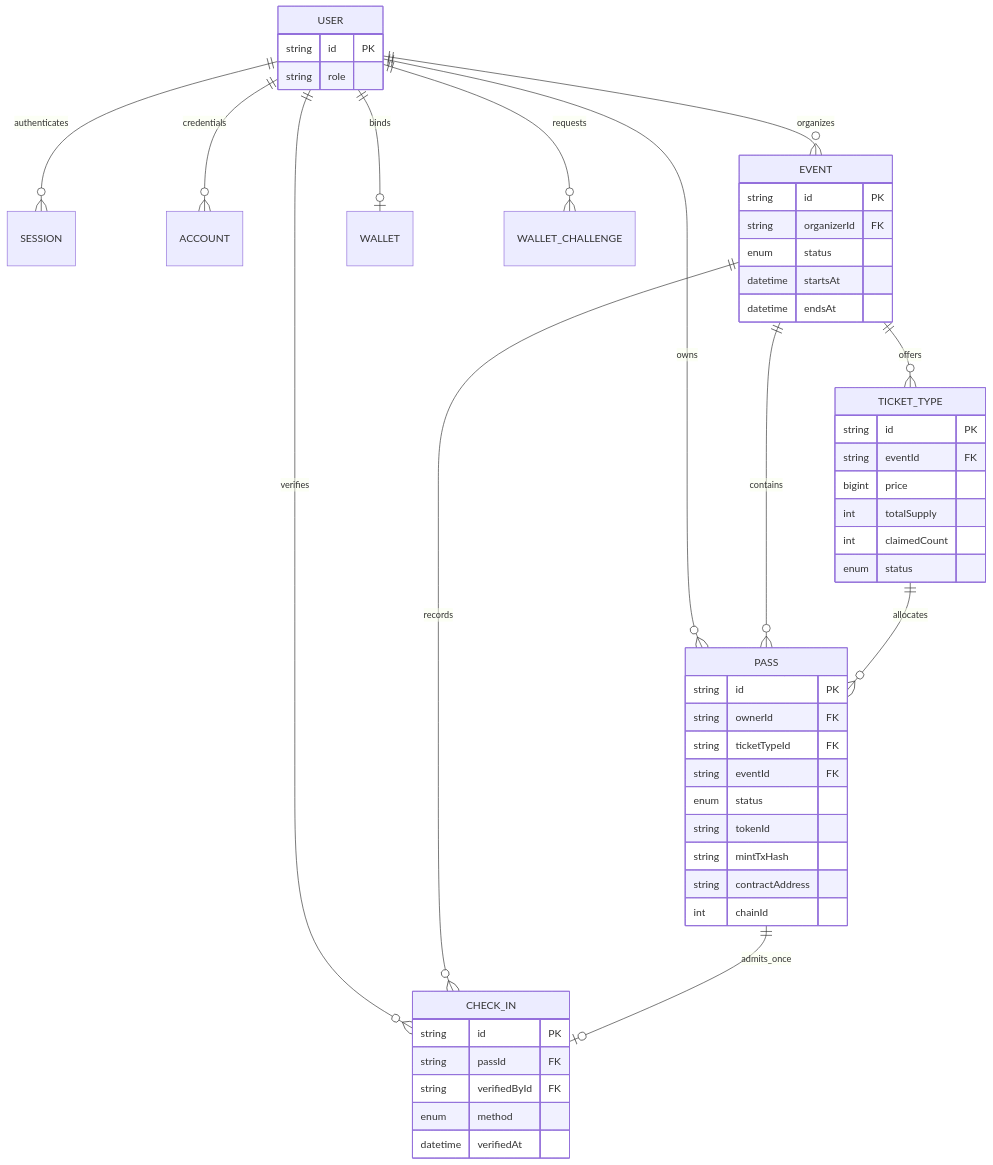
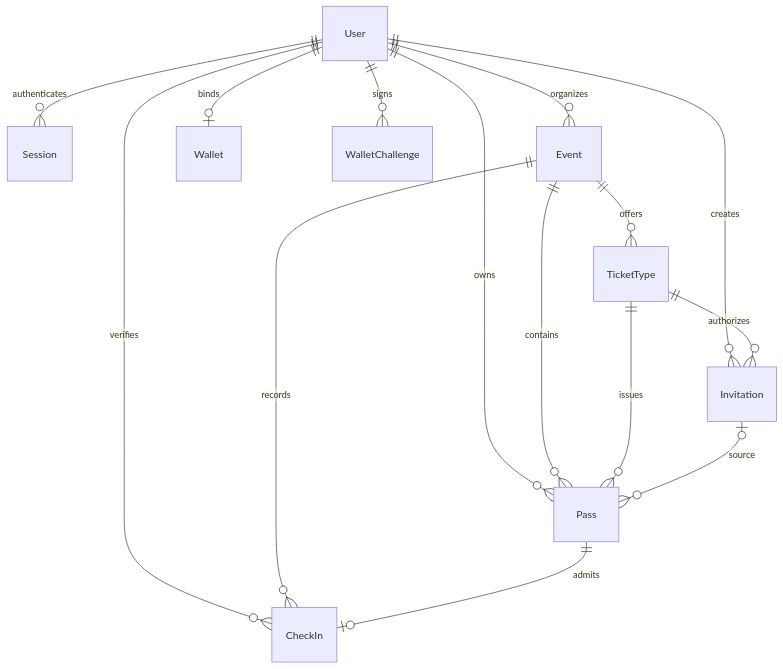
Before and after one commit to Maimai10808/chainpass: the first of 4 diagrams in docs/TECHNICAL_DETAILS.md, drawn with Mermaid. The commit also changed other lines of this file and 21 other files, not shown here.

````diff
--- a/docs/TECHNICAL_DETAILS.md
+++ b/docs/TECHNICAL_DETAILS.md
@@ -51,52 +30,17 @@
 ```mermaid
 erDiagram
-    USER ||--o{ SESSION : authenticates
-    USER ||--o{ ACCOUNT : credentials
-    USER ||--o{ EVENT : organizes
-    USER ||--o{ PASS : owns
-    USER ||--o| WALLET : binds
-    USER ||--o{ WALLET_CHALLENGE : requests
-    USER ||--o{ CHECK_IN : verifies
-    EVENT ||--o{ TICKET_TYPE : offers
-    EVENT ||--o{ PASS : contains
-    EVENT ||--o{ CHECK_IN : records
-    TICKET_TYPE ||--o{ PASS : allocates
-    PASS ||--o| CHECK_IN : admits_once
-    USER {
-        string id PK
-        string role
-    }
-    EVENT {
-        string id PK
-        string organizerId FK
-        enum status
-        datetime startsAt
-        datetime endsAt
-    }
-    TICKET_TYPE {
-        string id PK
-        string eventId FK
-        bigint price
-        int totalSupply
-        int claimedCount
-        enum status
-    }
-    PASS {
-        string id PK
-        string ownerId FK
-        string ticketTypeId FK
-        string eventId FK
-        enum status
-        string tokenId
-        string mintTxHash
-        string contractAddress
-        int chainId
-    }
-    CHECK_IN {
-        string id PK
-        string passId FK
-        string verifiedById FK
-        enum method
-        datetime verifiedAt
-    }
+    User ||--o{ Session : authenticates
+    User ||--o{ Event : organizes
+    User ||--o{ Pass : owns
+    User ||--o| Wallet : binds
+    User ||--o{ WalletChallenge : signs
+    User ||--o{ Invitation : creates
+    User ||--o{ CheckIn : verifies
+    Event ||--o{ TicketType : offers
+    Event ||--o{ Pass : contains
+    Event ||--o{ CheckIn : records
+    TicketType ||--o{ Invitation : authorizes
+    TicketType ||--o{ Pass : issues
+    Invitation o|--o{ Pass : source
+    Pass ||--o| CheckIn : admits
 ```
````
